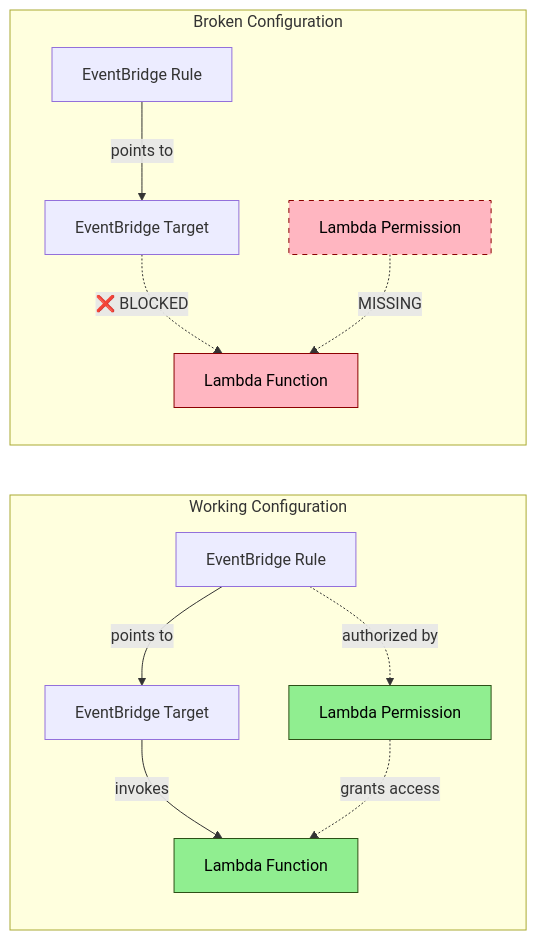
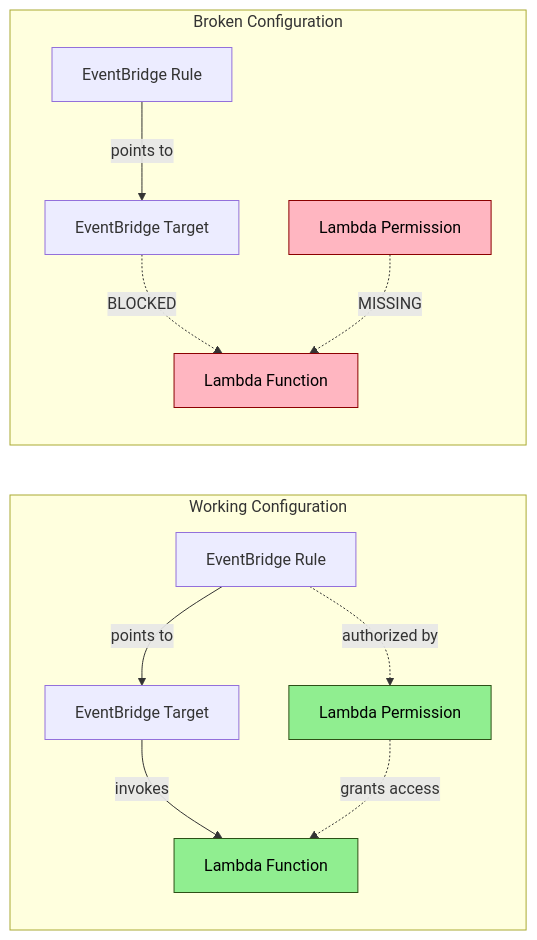
The first of 4 diagrams in content/posts/terraform-lambda-permissions/index.md (carim07/carim-web), drawn with Mermaid before and after one commit. The commit also changed other lines of this file and 4 other files, not shown here.

Commit message:
LoveIt v0.3.0; self-hosted libs; Mermaid fixes; giscus integration; center diagrams; ignore backups/docs

```diff
--- a/content/posts/terraform-lambda-permissions/index.md
+++ b/content/posts/terraform-lambda-permissions/index.md
@@ -91,31 +91,33 @@
 {{< mermaid >}}
-graph LR
-    subgraph working[" Working Configuration "]
+flowchart LR
+    %% Working configuration
+    subgraph "Working Configuration"
         EB1[EventBridge Rule]
         ET1[EventBridge Target]
         LP1[Lambda Permission]
         L1[Lambda Function]
 
         EB1 -->|points to| ET1
         ET1 -->|invokes| L1
         LP1 -.->|grants access| L1
         EB1 -.->|authorized by| LP1
 
         style L1 fill:#90EE90,stroke:#2d5016,color:#000
         style LP1 fill:#90EE90,stroke:#2d5016,color:#000
     end
 
-    subgraph broken[" Broken Configuration "]
+    %% Broken configuration
+    subgraph "Broken Configuration"
         EB2[EventBridge Rule]
         ET2[EventBridge Target]
         LP2[Lambda Permission]
         L2[Lambda Function]
 
         EB2 -->|points to| ET2
-        ET2 -.->|❌ BLOCKED| L2
+        ET2 -.->|BLOCKED| L2
         LP2 -.->|MISSING| L2
 
         style L2 fill:#FFB6C1,stroke:#8B0000,color:#000
-        style LP2 fill:#FFB6C1,stroke:#8B0000,stroke-dasharray: 5 5,color:#000
+        style LP2 fill:#FFB6C1,stroke:#8B0000,color:#000
     end
 {{< /mermaid >}}
```
